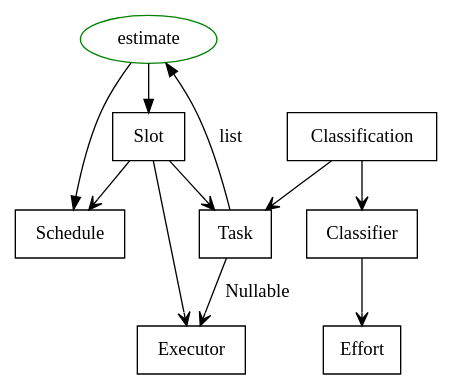
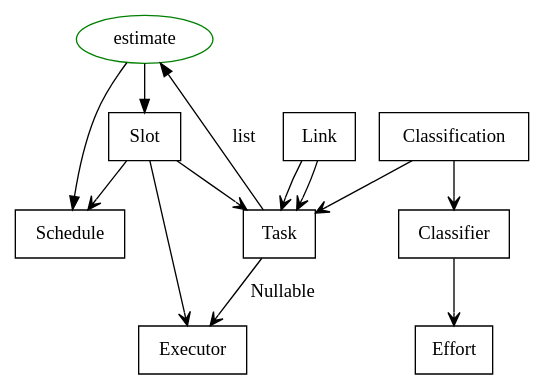
Before and after one commit to knowark/estimark: the diagram in docs/architecture/domain.rst, drawn with Graphviz. The commit also changed 1 other file, not shown here.

Commit message:
Define 'links' as the representation of taks's dependencies

```diff
--- a/docs/architecture/domain.rst
+++ b/docs/architecture/domain.rst
@@ -5,39 +5,42 @@
 .. graphviz::
 
    digraph {
 
     // Processes
     ////////////
 
     estimate [color=green]
    
     // Objects
     //////////
 
     Task [shape=box]
+    Link [shape=box]
     Classifier [shape=box]
     Classification [shape=box]
     Effort [shape=box]
     Executor [shape=box]
     Schedule [shape=box]
     Slot [shape=box]
 
     // Relations
     ////////////
 
     Task -> estimate [label=list]
     
     estimate -> Schedule
     estimate -> Slot
 
     Task -> Executor [arrowhead=vee, label=Nullable]
+    Link -> Task [arrowhead=vee]
+    Link -> Task [arrowhead=vee]
     Classifier -> Effort [arrowhead=vee]
     
     Slot -> Task [arrowhead=vee]
     Slot -> Executor [arrowhead=vee]
     Slot -> Schedule [arrowhead=vee]
 
     Classification -> Task [arrowhead=vee]
     Classification -> Classifier [arrowhead=vee]
 
     }
```
